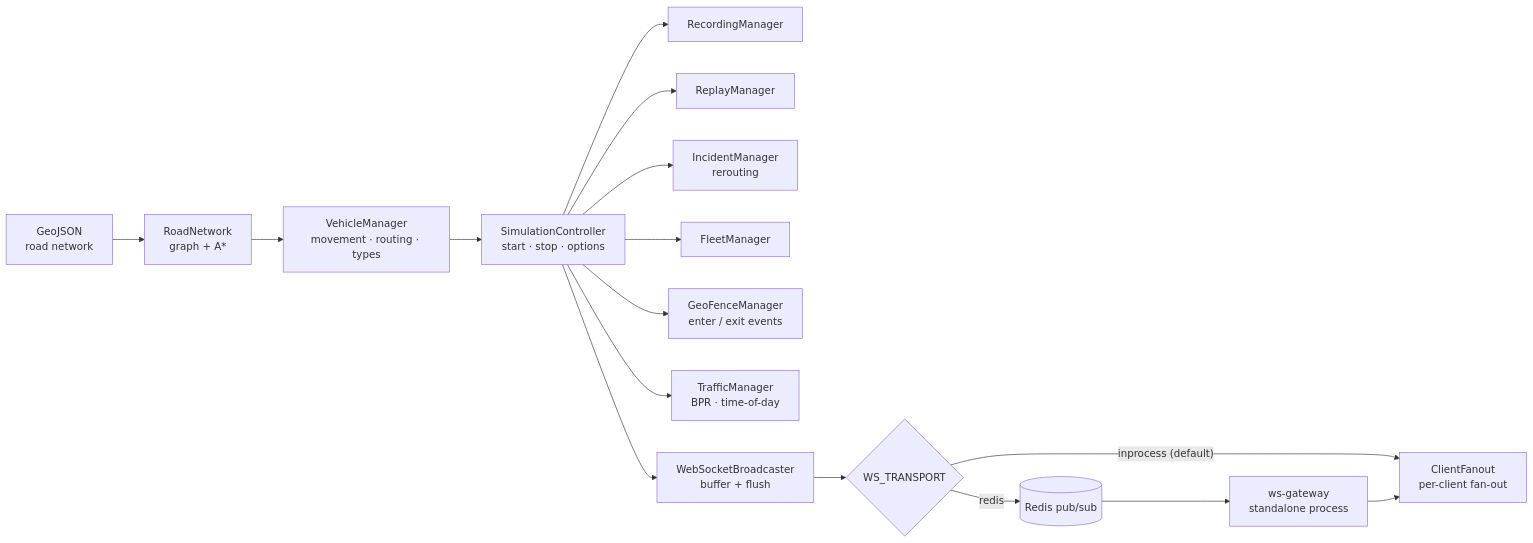
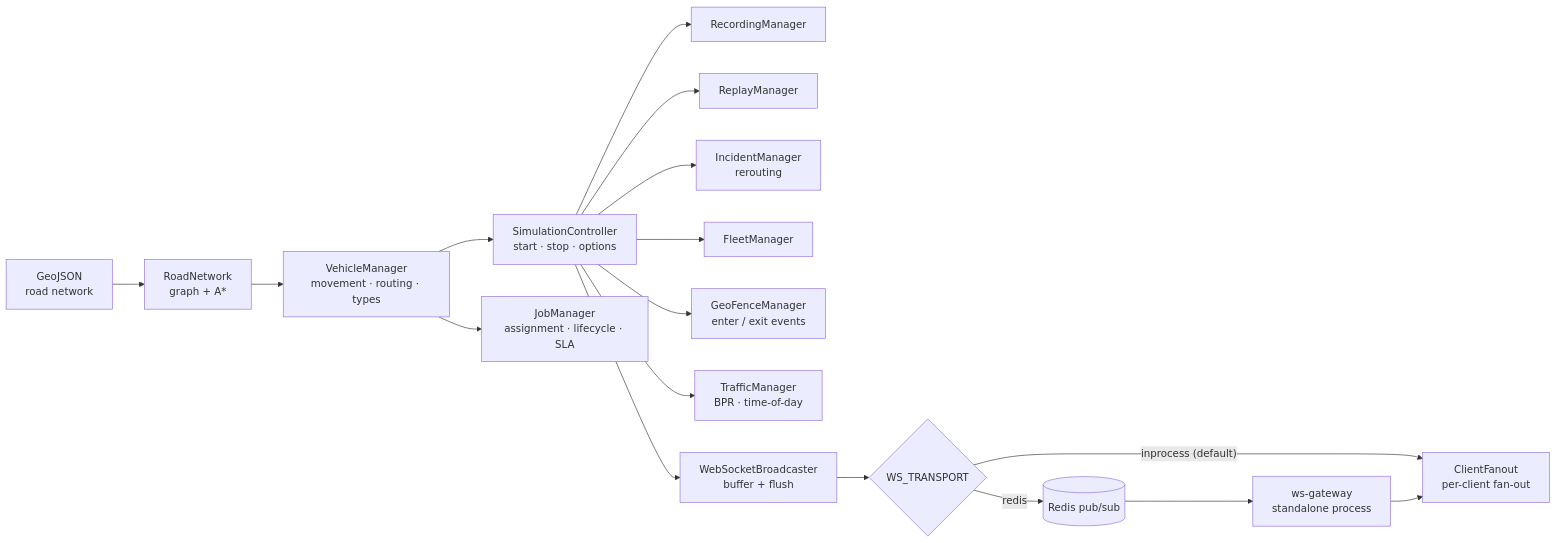
One commit to ivannovazzi/moveet changed the second of 4 diagrams in README.md. Above: the diagram before and after it, drawn with Mermaid. The commit also changed other lines of this file and 60 other files, not shown here.

First line of the commit message:
feat: trip/job dispatch lifecycle model (#235)

````diff
--- a/README.md
+++ b/README.md
@@ -121,18 +122,19 @@
 ```mermaid
 flowchart LR
     GJ[GeoJSON<br/>road network] --> RN[RoadNetwork<br/>graph + A*]
     RN --> VM[VehicleManager<br/>movement · routing · types]
     VM --> SC[SimulationController<br/>start · stop · options]
     SC --> RM[RecordingManager]
     SC --> RP[ReplayManager]
     SC --> IM[IncidentManager<br/>rerouting]
     SC --> FM[FleetManager]
+    VM --> JM[JobManager<br/>assignment · lifecycle · SLA]
     SC --> GF[GeoFenceManager<br/>enter / exit events]
     SC --> TM[TrafficManager<br/>BPR · time-of-day]
     SC --> WS[WebSocketBroadcaster<br/>buffer + flush]
     WS --> TR{WS_TRANSPORT}
     TR -- inprocess (default) --> CF[ClientFanout<br/>per-client fan-out]
     TR -- redis --> RB[(Redis pub/sub)]
     RB --> GW[ws-gateway<br/>standalone process]
     GW --> CF
 ```
````
